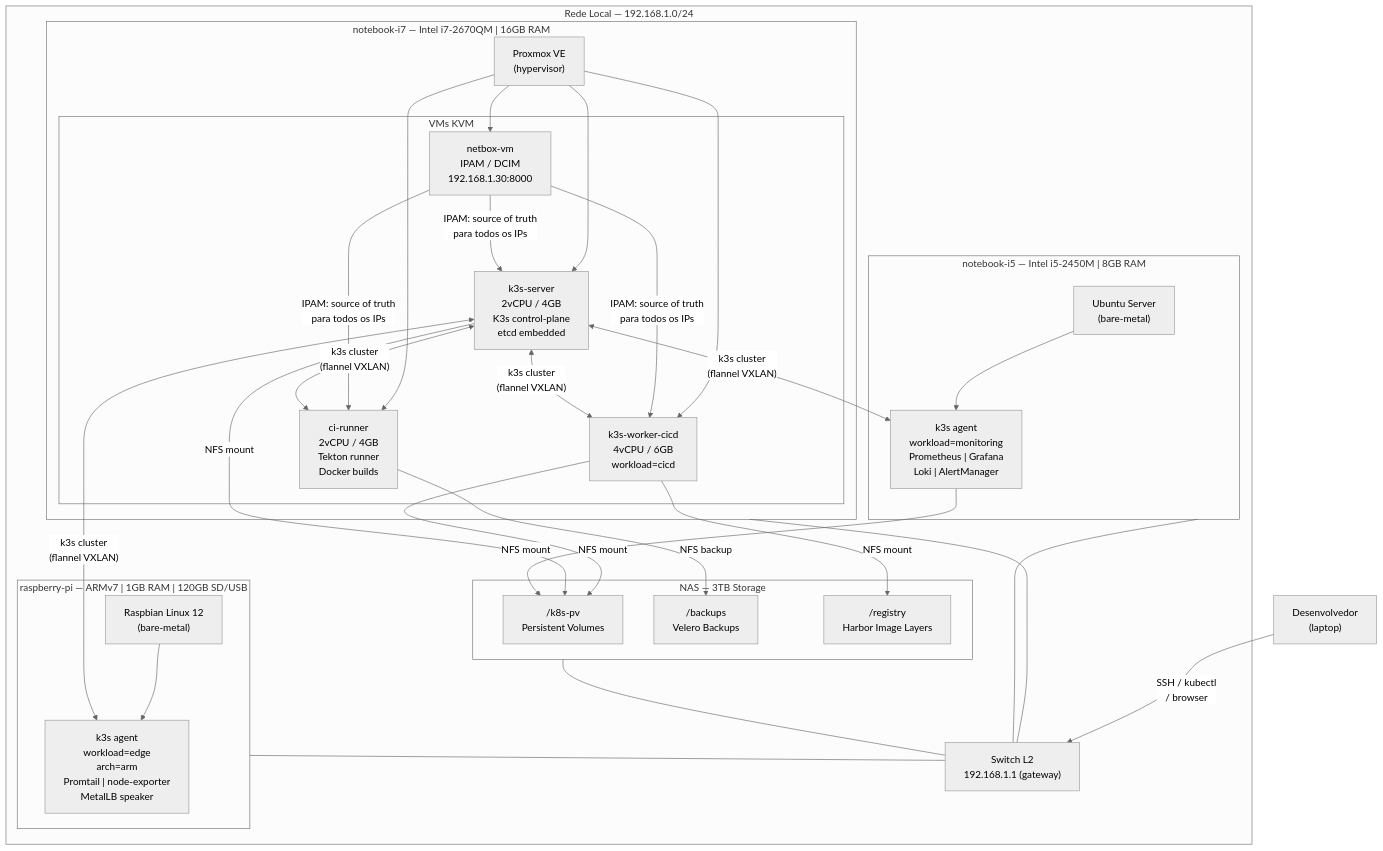
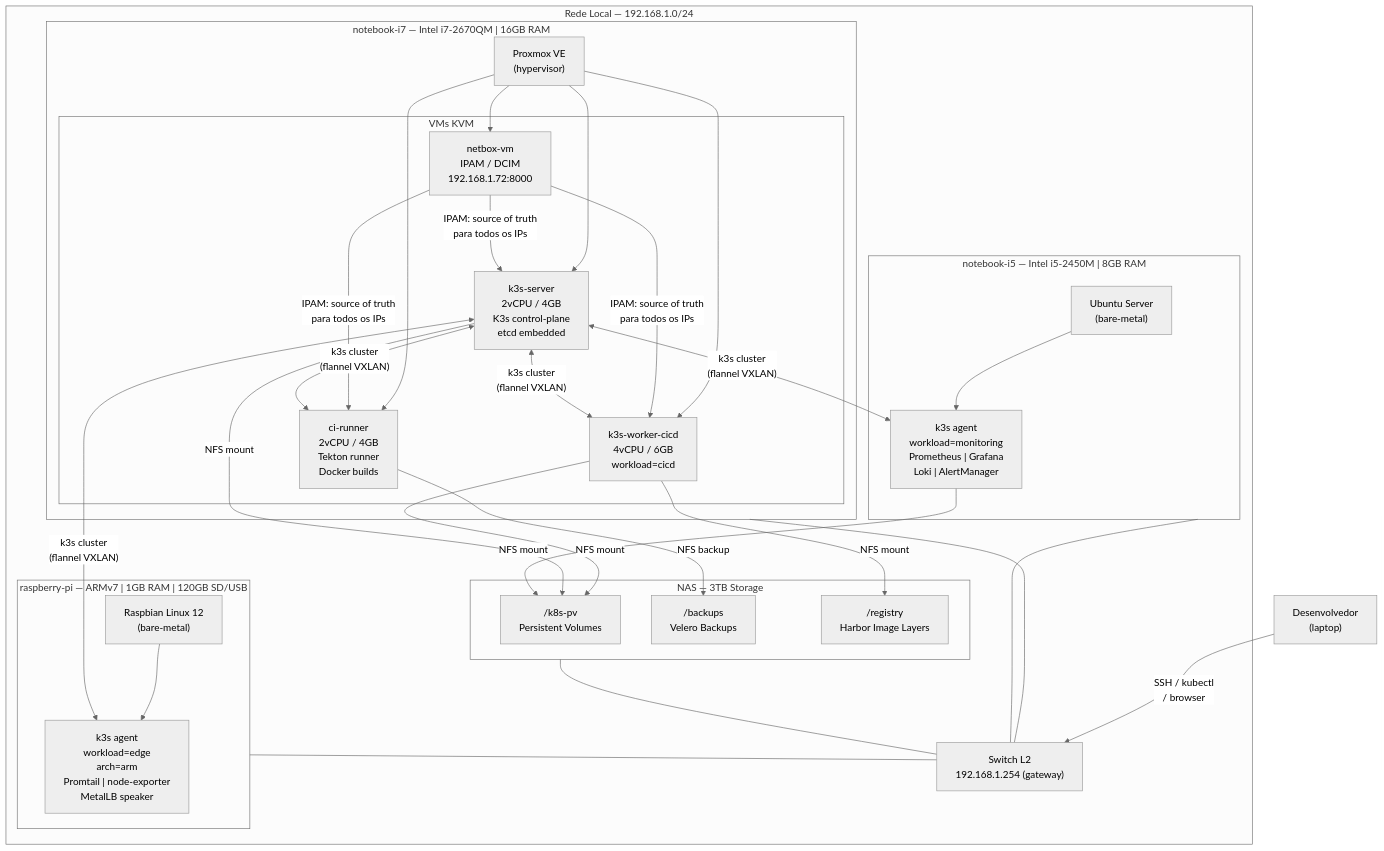
Before and after one commit to netomussauer/infra-lab: the first of 5 diagrams in docs/architecture.md, drawn with Mermaid (neutral theme). The commit also changed other lines of this file and 19 other files, not shown here.

````diff
--- a/docs/architecture.md
+++ b/docs/architecture.md
@@ -71,59 +71,59 @@
 ```mermaid
 flowchart TD
     subgraph LAN["Rede Local — 192.168.1.0/24"]
 
         subgraph NAS_HOST["NAS — 3TB Storage"]
             NFS_KV["/k8s-pv\nPersistent Volumes"]
             NFS_BK["/backups\nVelero Backups"]
             NFS_RG["/registry\nHarbor Image Layers"]
         end
 
         subgraph I7["notebook-i7 — Intel i7-2670QM | 16GB RAM"]
             PVE["Proxmox VE\n(hypervisor)"]
             subgraph VMs["VMs KVM"]
                 VM_SERVER["k3s-server\n2vCPU / 4GB\nK3s control-plane\netcd embedded"]
                 VM_CICD["k3s-worker-cicd\n4vCPU / 6GB\nworkload=cicd"]
                 VM_RUNNER["ci-runner\n2vCPU / 4GB\nTekton runner\nDocker builds"]
-                VM_NETBOX["netbox-vm\nIPAM / DCIM\n192.168.1.30:8000"]
+                VM_NETBOX["netbox-vm\nIPAM / DCIM\n192.168.1.72:8000"]
             end
             PVE --> VM_SERVER
             PVE --> VM_CICD
             PVE --> VM_RUNNER
             PVE --> VM_NETBOX
             VM_NETBOX -->|"IPAM: source of truth\npara todos os IPs"| VM_SERVER
             VM_NETBOX -->|"IPAM: source of truth\npara todos os IPs"| VM_CICD
             VM_NETBOX -->|"IPAM: source of truth\npara todos os IPs"| VM_RUNNER
         end
 
         subgraph I5["notebook-i5 — Intel i5-2450M | 8GB RAM"]
             OS_I5["Ubuntu Server\n(bare-metal)"]
             K3S_I5["k3s agent\nworkload=monitoring\nPrometheus | Grafana\nLoki | AlertManager"]
             OS_I5 --> K3S_I5
         end
 
         subgraph RPI["raspberry-pi — ARMv7 | 1GB RAM | 120GB SD/USB"]
             OS_RPI["Raspbian Linux 12\n(bare-metal)"]
             K3S_RPI["k3s agent\nworkload=edge\narch=arm\nPromtail | node-exporter\nMetalLB speaker"]
             OS_RPI --> K3S_RPI
         end
 
         VM_SERVER   <-->|"k3s cluster\n(flannel VXLAN)"| VM_CICD
         VM_SERVER   <-->|"k3s cluster\n(flannel VXLAN)"| VM_RUNNER
         VM_SERVER   <-->|"k3s cluster\n(flannel VXLAN)"| K3S_I5
         VM_SERVER   <-->|"k3s cluster\n(flannel VXLAN)"| K3S_RPI
 
         VM_CICD     -->|"NFS mount"| NFS_KV
         VM_SERVER   -->|"NFS mount"| NFS_KV
         K3S_I5      -->|"NFS mount"| NFS_KV
         VM_CICD     -->|"NFS mount"| NFS_RG
         VM_RUNNER   -->|"NFS backup"| NFS_BK
 
-        SWITCH["Switch L2\n192.168.1.1 (gateway)"]
+        SWITCH["Switch L2\n192.168.1.254 (gateway)"]
         I7 --- SWITCH
         I5 --- SWITCH
         RPI --- SWITCH
         NAS_HOST --- SWITCH
     end
 
     DEV["Desenvolvedor\n(laptop)"] -->|"SSH / kubectl\n/ browser"| SWITCH
 ```
````
